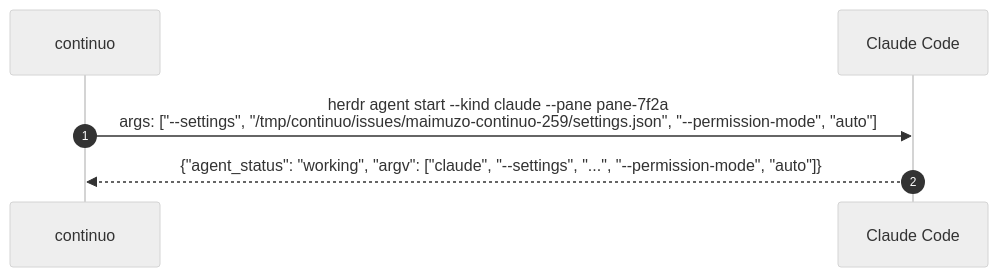
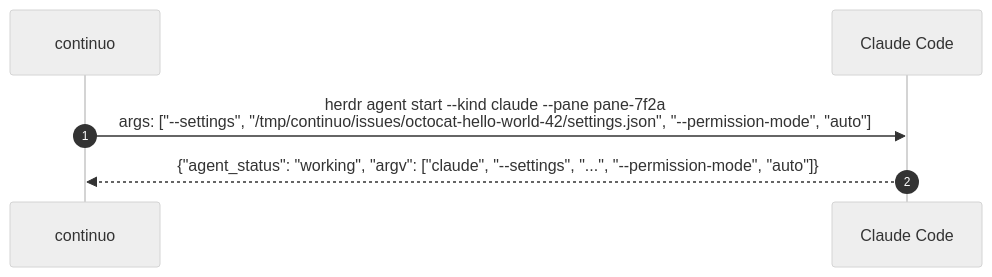
The diagram in .claude/rules/reporting.md (maimuzo/continuo), drawn with Mermaid (neutral theme) before and after one commit. The commit also changed other lines of this file and 2 other files, not shown here.

````diff
--- a/.claude/rules/reporting.md
+++ b/.claude/rules/reporting.md
@@ -250,8 +251,8 @@
 ```mermaid
 sequenceDiagram
     autonumber
     participant C as continuo
     participant A as Claude Code
-    C->>A: herdr agent start --kind claude --pane pane-7f2a<br/>args: ["--settings", "/tmp/continuo/issues/maimuzo-continuo-259/settings.json", "--permission-mode", "auto"]
+    C->>A: herdr agent start --kind claude --pane pane-7f2a<br/>args: ["--settings", "/tmp/continuo/issues/octocat-hello-world-42/settings.json", "--permission-mode", "auto"]
     A-->>C: {"agent_status": "working", "argv": ["claude", "--settings", "...", "--permission-mode", "auto"]}
 ```
````
